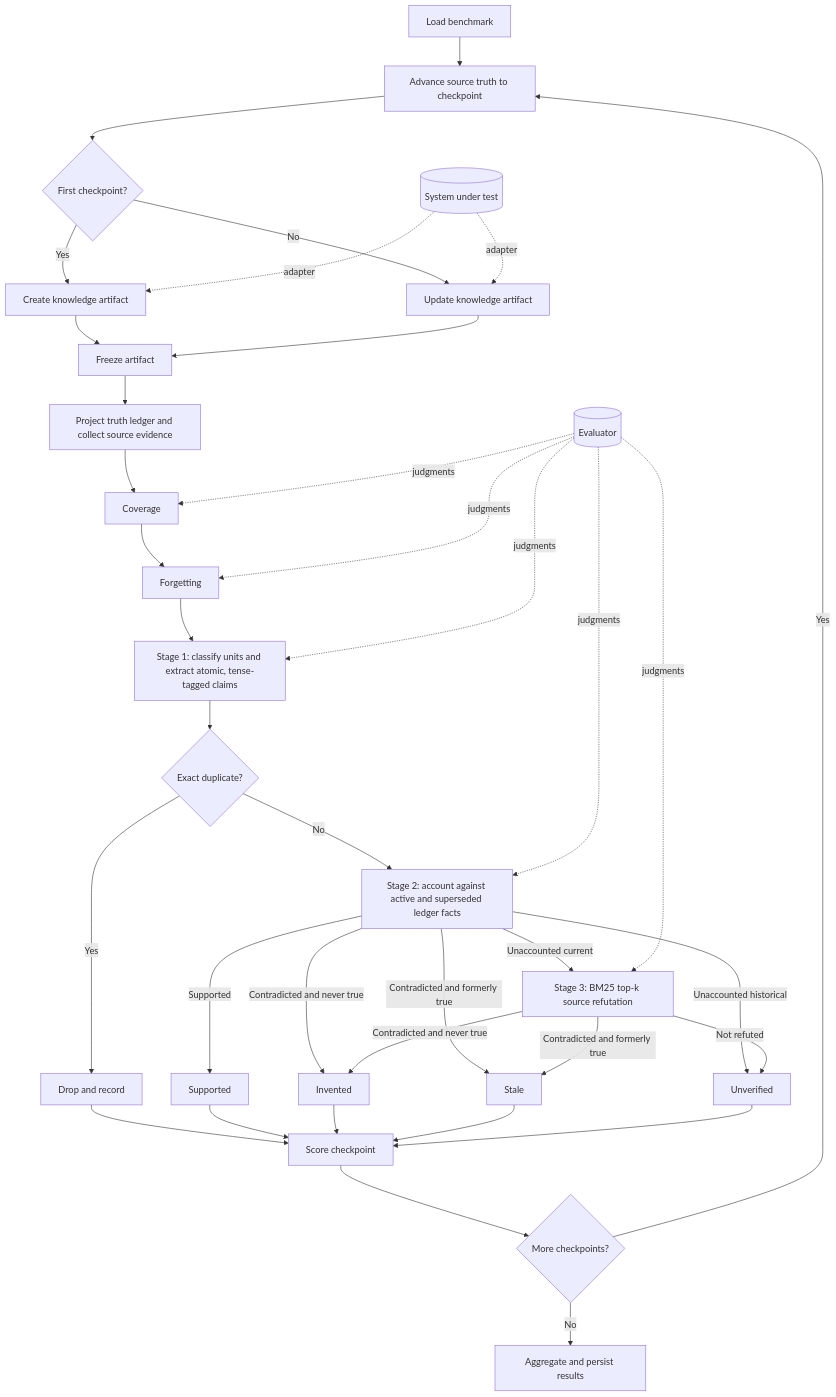
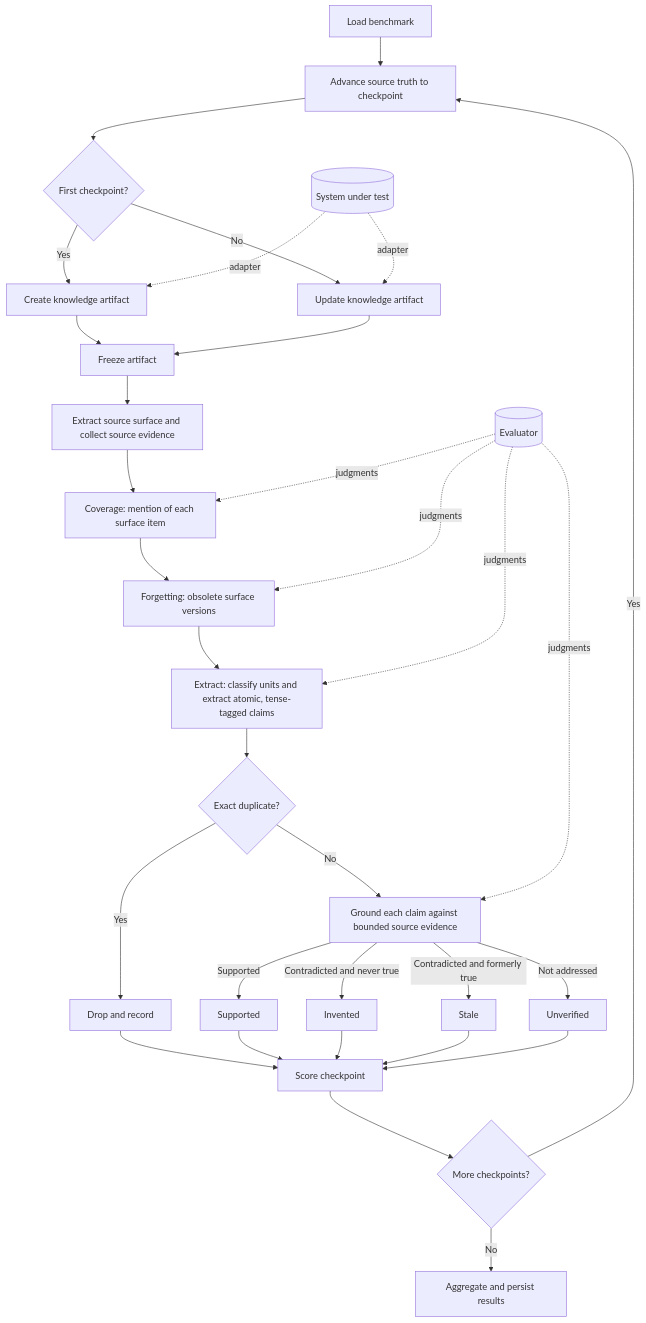
Before and after one commit to langchain-ai/openwiki: the first of 2 diagrams in evals/ledger/README.md, drawn with Mermaid. The commit also changed other lines of this file and 1 other file, not shown here.

````diff
--- a/evals/ledger/README.md
+++ b/evals/ledger/README.md
@@ -128,40 +116,35 @@
 ```mermaid
 flowchart TD
     B[Load benchmark] --> C[Advance source truth to checkpoint]
     C --> F{First checkpoint?}
     F -->|Yes| I[Create knowledge artifact]
     F -->|No| U[Update knowledge artifact]
     I --> A[Freeze artifact]
     U --> A
-    A --> L[Project truth ledger and collect source evidence]
-    L --> CV[Coverage]
-    CV --> FG[Forgetting]
-    FG --> EX[Stage 1: classify units and extract atomic, tense-tagged claims]
+    A --> L[Extract source surface and collect source evidence]
+    L --> CV[Coverage: mention of each surface item]
+    CV --> FG[Forgetting: obsolete surface versions]
+    FG --> EX[Extract: classify units and extract atomic, tense-tagged claims]
     EX --> DD{Exact duplicate?}
     DD -->|Yes| DX[Drop and record]
-    DD -->|No| TL[Stage 2: account against active and superseded ledger facts]
-    TL -->|Supported| SP[Supported]
-    TL -->|Contradicted and never true| IN[Invented]
-    TL -->|Contradicted and formerly true| ST[Stale]
-    TL -->|Unaccounted historical| UV[Unverified]
-    TL -->|Unaccounted current| SE[Stage 3: BM25 top-k source refutation]
-    SE -->|Contradicted and never true| IN
-    SE -->|Contradicted and formerly true| ST
-    SE -->|Not refuted| UV
+    DD -->|No| GR[Ground each claim against bounded source evidence]
+    GR -->|Supported| SP[Supported]
+    GR -->|Contradicted and never true| IN[Invented]
+    GR -->|Contradicted and formerly true| ST[Stale]
+    GR -->|Not addressed| UV[Unverified]
     DX --> SC[Score checkpoint]
     SP --> SC
     IN --> SC
     ST --> SC
     UV --> SC
     SC --> N{More checkpoints?}
     N -->|Yes| C
     N -->|No| R[Aggregate and persist results]
 
     SUT[(System under test)] -. adapter .-> I
     SUT -. adapter .-> U
     EV[(Evaluator)] -. judgments .-> CV
     EV -. judgments .-> FG
     EV -. judgments .-> EX
-    EV -. judgments .-> TL
-    EV -. judgments .-> SE
+    EV -. judgments .-> GR
 ```
````
